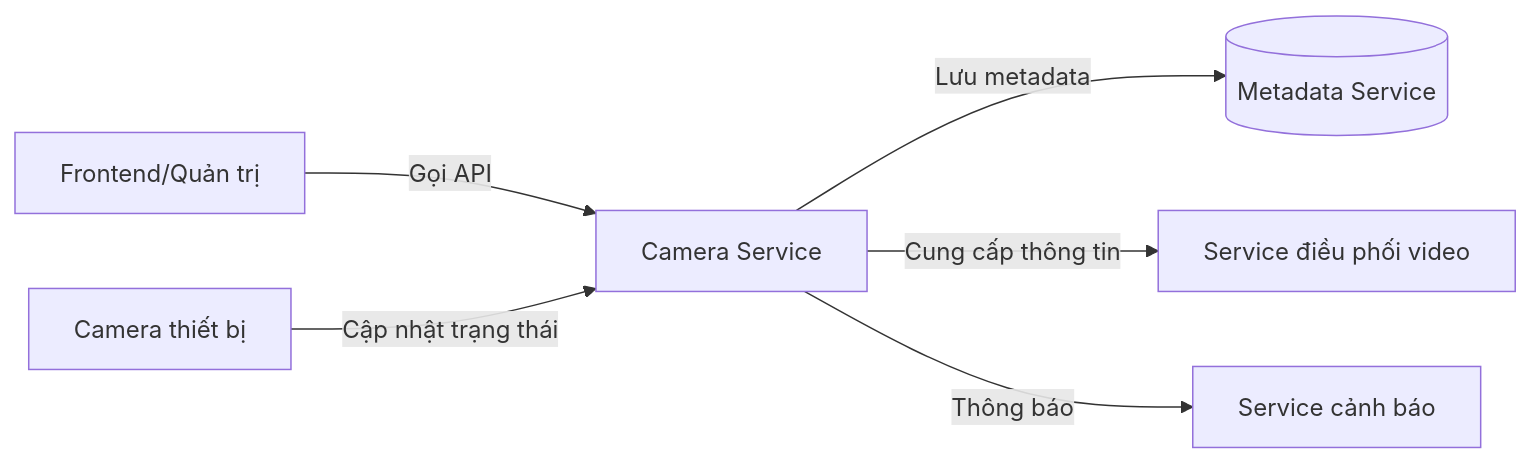
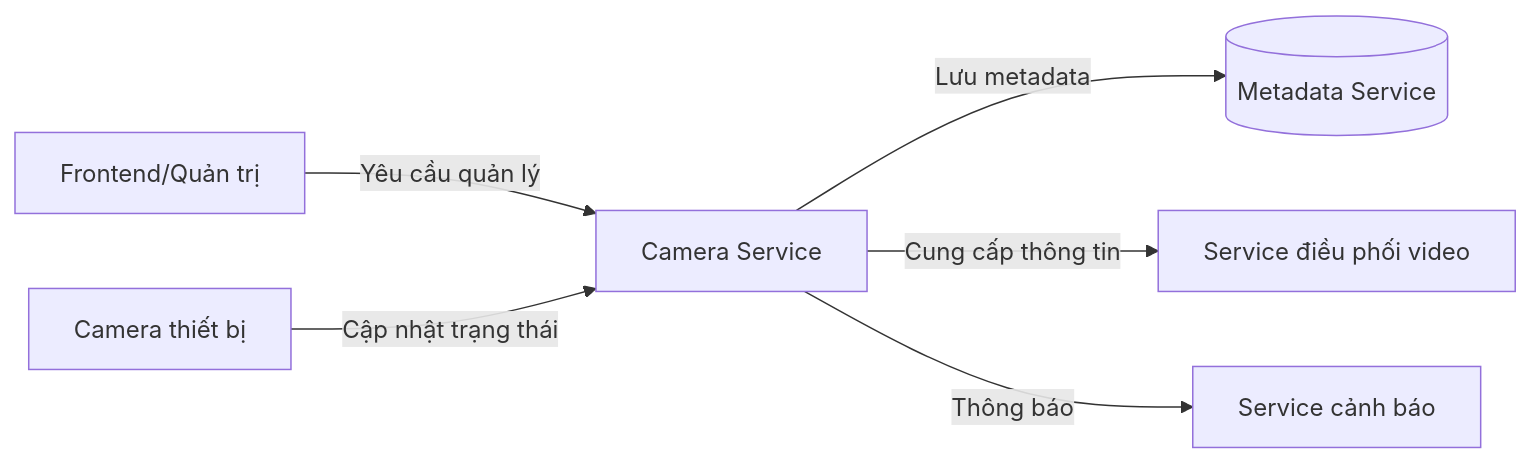
One commit to Connectivity-services-ad-PT/lab1-hoangthaaai changed the diagram in evidence/buoi-01/service-boundary.md. Above: the diagram before and after it, drawn with Mermaid. The commit also changed other lines of this file and 1 other file, not shown here.

Commit message:
Remove premature API details from service boundary

````diff
--- a/evidence/buoi-01/service-boundary.md
+++ b/evidence/buoi-01/service-boundary.md
@@ -101,8 +89,8 @@
 ```mermaid
 flowchart LR
-    User[Frontend/Quản trị] -->|Gọi API| CameraService[Camera Service]
+    User[Frontend/Quản trị] -->|Yêu cầu quản lý| CameraService[Camera Service]
     CameraDevice[Camera thiết bị] -->|Cập nhật trạng thái| CameraService
     CameraService -->|Lưu metadata| MetadataService[(Metadata Service)]
     CameraService -->|Cung cấp thông tin| VideoOrchestration[Service điều phối video]
     CameraService -->|Thông báo| AlertService[Service cảnh báo]
 ```
````
